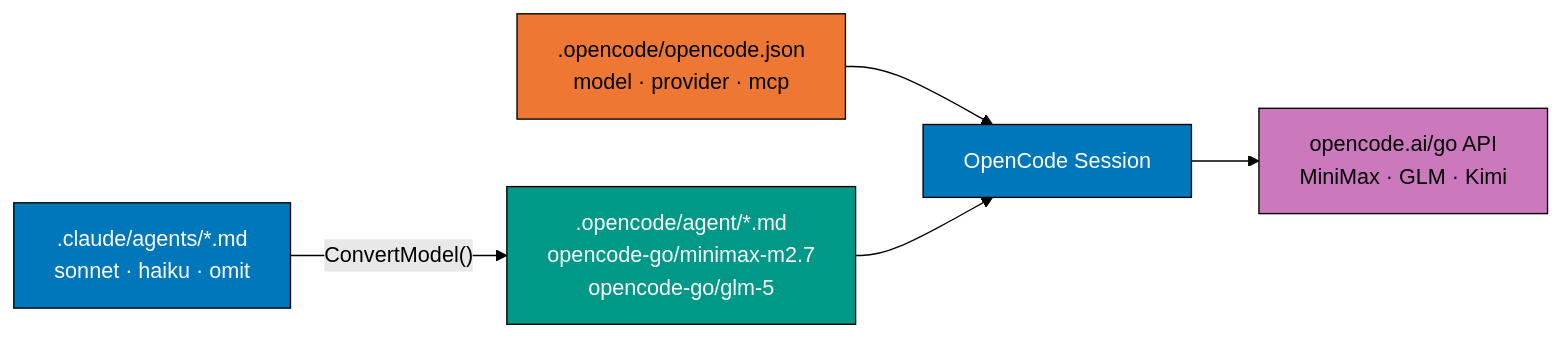
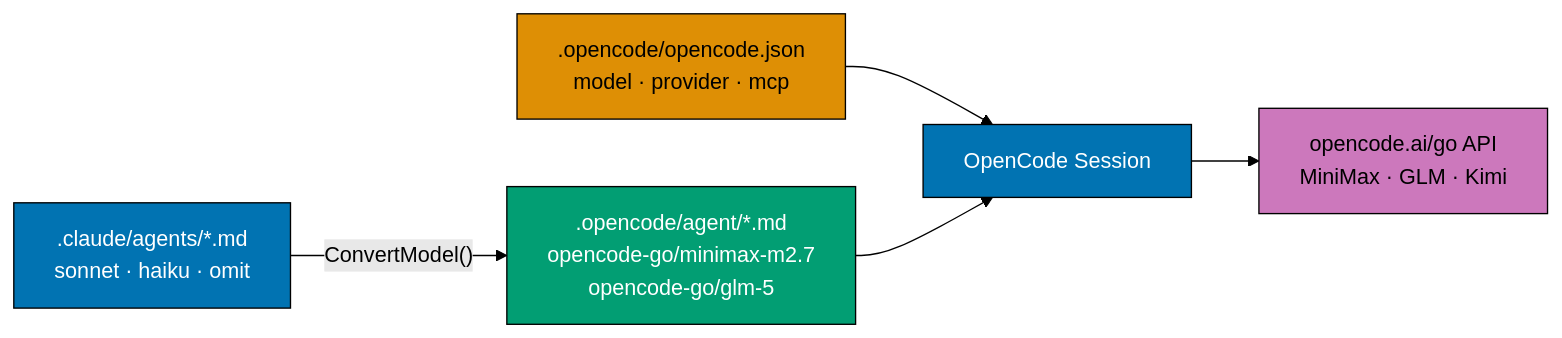
The diagram in plans/in-progress/2026-04-30__adopt-opencode-go/README.md (wahidyankf/ose-public), drawn with Mermaid (forest theme) before and after one commit. The commit also changed 2 other files, not shown here.

Commit message:
docs(plans): fix plan quality gate findings in adopt-opencode-go (iter 2)
- Add full https:// URLs to Claude model score citations (Finding A)
- Add Business Risks section to brd.md (Finding D)
- Remove hardcoded "14 models" count from brd.md Non-Goals (Finding B)
- Correct Mermaid palette to repo standard: #0173B2/#029E73/#DE8F05 (Finding C)

````diff
--- a/plans/in-progress/2026-04-30__adopt-opencode-go/README.md
+++ b/plans/in-progress/2026-04-30__adopt-opencode-go/README.md
@@ -22,12 +22,12 @@
 ```mermaid
 flowchart LR
     A[".claude/agents/*.md\nsonnet · haiku · omit"] -->|"ConvertModel()"| B[".opencode/agent/*.md\nopencode-go/minimax-m2.7\nopencode-go/glm-5"]
     C[".opencode/opencode.json\nmodel · provider · mcp"] --> D["OpenCode Session"]
     B --> D
     D --> E["opencode.ai/go API\nMiniMax · GLM · Kimi"]
-    style A fill:#0077BB,stroke:#000000,color:#FFFFFF
-    style B fill:#009988,stroke:#000000,color:#FFFFFF
-    style C fill:#EE7733,stroke:#000000,color:#000000
-    style D fill:#0077BB,stroke:#000000,color:#FFFFFF
+    style A fill:#0173B2,stroke:#000000,color:#FFFFFF
+    style B fill:#029E73,stroke:#000000,color:#FFFFFF
+    style C fill:#DE8F05,stroke:#000000,color:#000000
+    style D fill:#0173B2,stroke:#000000,color:#FFFFFF
     style E fill:#CC78BC,stroke:#000000,color:#000000
 ```
````
